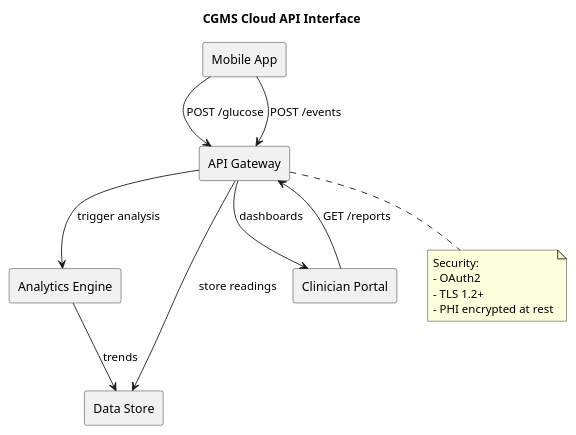
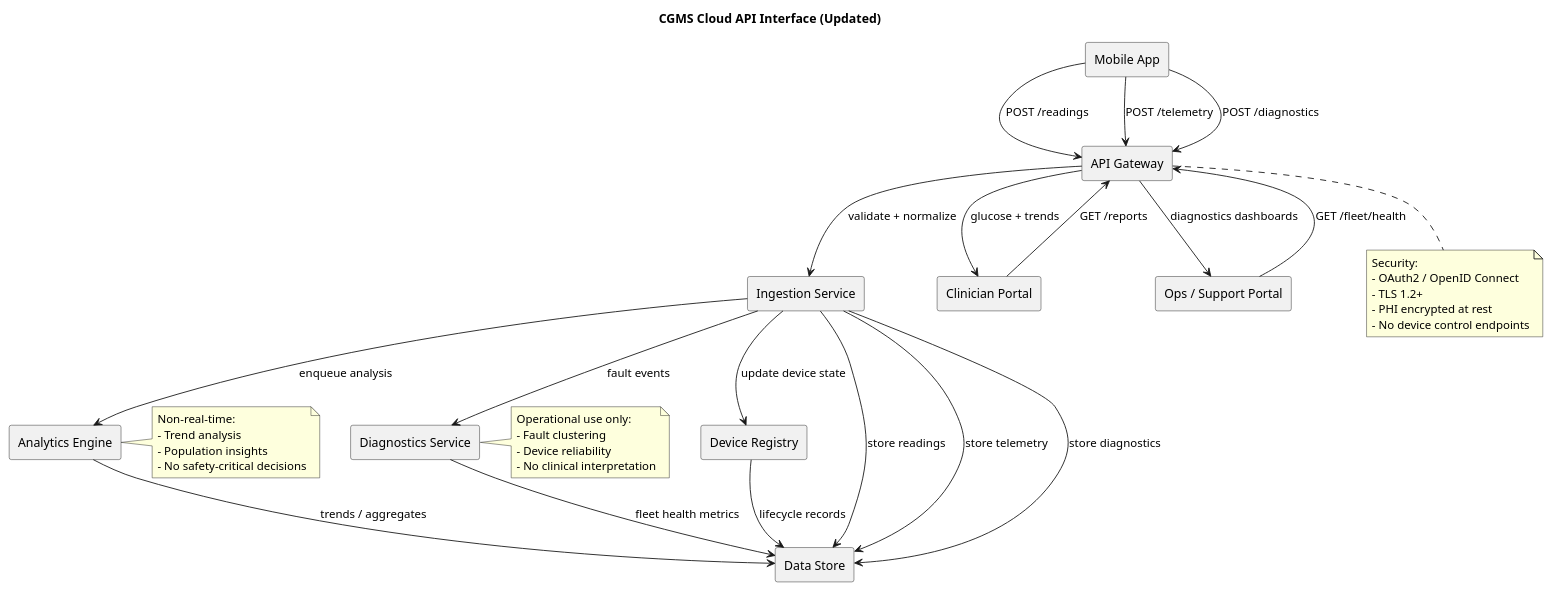
The diagram in documents/diagrams/interfaces/cgms_cloud_api.puml (spothana/cgms), drawn with PlantUML before and after one commit. The commit also changed other lines of this file and 23 other files, not shown here.

Commit message:
update the design diagrams to reflect one time usage of CGM devices and add diagnostic telemetry

```diff
--- a/documents/diagrams/interfaces/cgms_cloud_api.puml
+++ b/documents/diagrams/interfaces/cgms_cloud_api.puml
@@ -1,27 +1,81 @@
 @startuml cgms_cloud_api
 skinparam componentStyle rectangle
 
-title CGMS Cloud API Interface
+title CGMS Cloud API Interface (Updated)
 
 component "Mobile App" as App
 component "API Gateway" as API
+component "Ingestion Service" as Ingest
 component "Analytics Engine" as Analytics
+component "Diagnostics Service" as Diag
+component "Device Registry" as Registry
 component "Data Store" as DB
 component "Clinician Portal" as Portal
+component "Ops / Support Portal" as Ops
 
-App --> API : POST /glucose
-App --> API : POST /events
-API --> DB : store readings
-API --> Analytics : trigger analysis
-Analytics --> DB : trends
+' --------------------
+' Ingestion Paths
+' --------------------
+App --> API : POST /readings
+App --> API : POST /telemetry
+App --> API : POST /diagnostics
+
+API --> Ingest : validate + normalize
+
+' --------------------
+' Persistence
+' --------------------
+Ingest --> DB : store readings
+Ingest --> DB : store telemetry
+Ingest --> DB : store diagnostics
+
+' --------------------
+' Analytics
+' --------------------
+Ingest --> Analytics : enqueue analysis
+Analytics --> DB : trends / aggregates
+
+' --------------------
+' Diagnostics & Fleet Health
+' --------------------
+Ingest --> Diag : fault events
+Diag --> DB : fleet health metrics
+
+' --------------------
+' Device Lifecycle
+' --------------------
+Ingest --> Registry : update device state
+Registry --> DB : lifecycle records
+
+' --------------------
+' Read APIs
+' --------------------
 Portal --> API : GET /reports
-API --> Portal : dashboards
+API --> Portal : glucose + trends
+
+Ops --> API : GET /fleet/health
+API --> Ops : diagnostics dashboards
 
 note bottom of API
 Security:
-- OAuth2
+- OAuth2 / OpenID Connect
 - TLS 1.2+
 - PHI encrypted at rest
+- No device control endpoints
+end note
+
+note right of Analytics
+Non-real-time:
+- Trend analysis
+- Population insights
+- No safety-critical decisions
+end note
+
+note right of Diag
+Operational use only:
+- Fault clustering
+- Device reliability
+- No clinical interpretation
 end note
 
 @enduml
```
